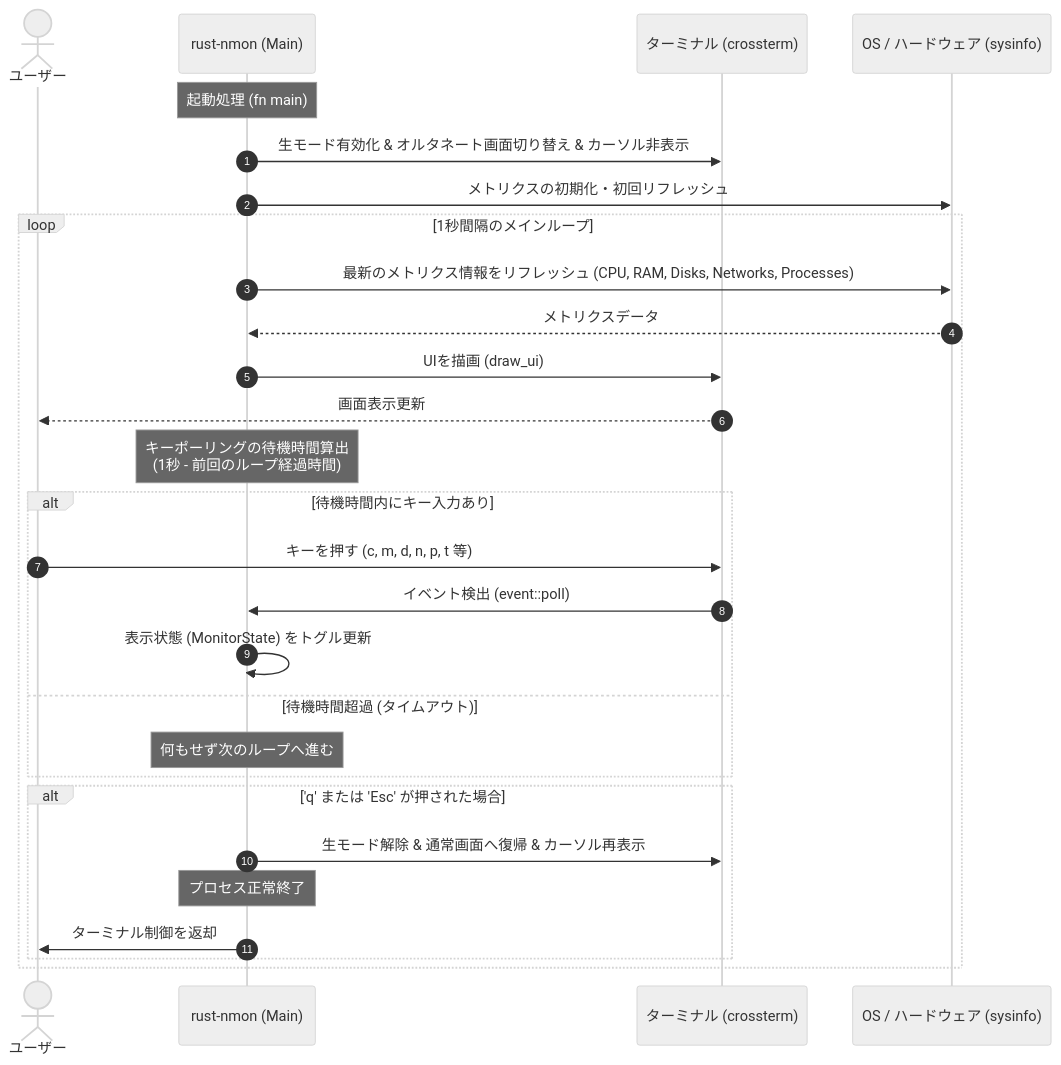
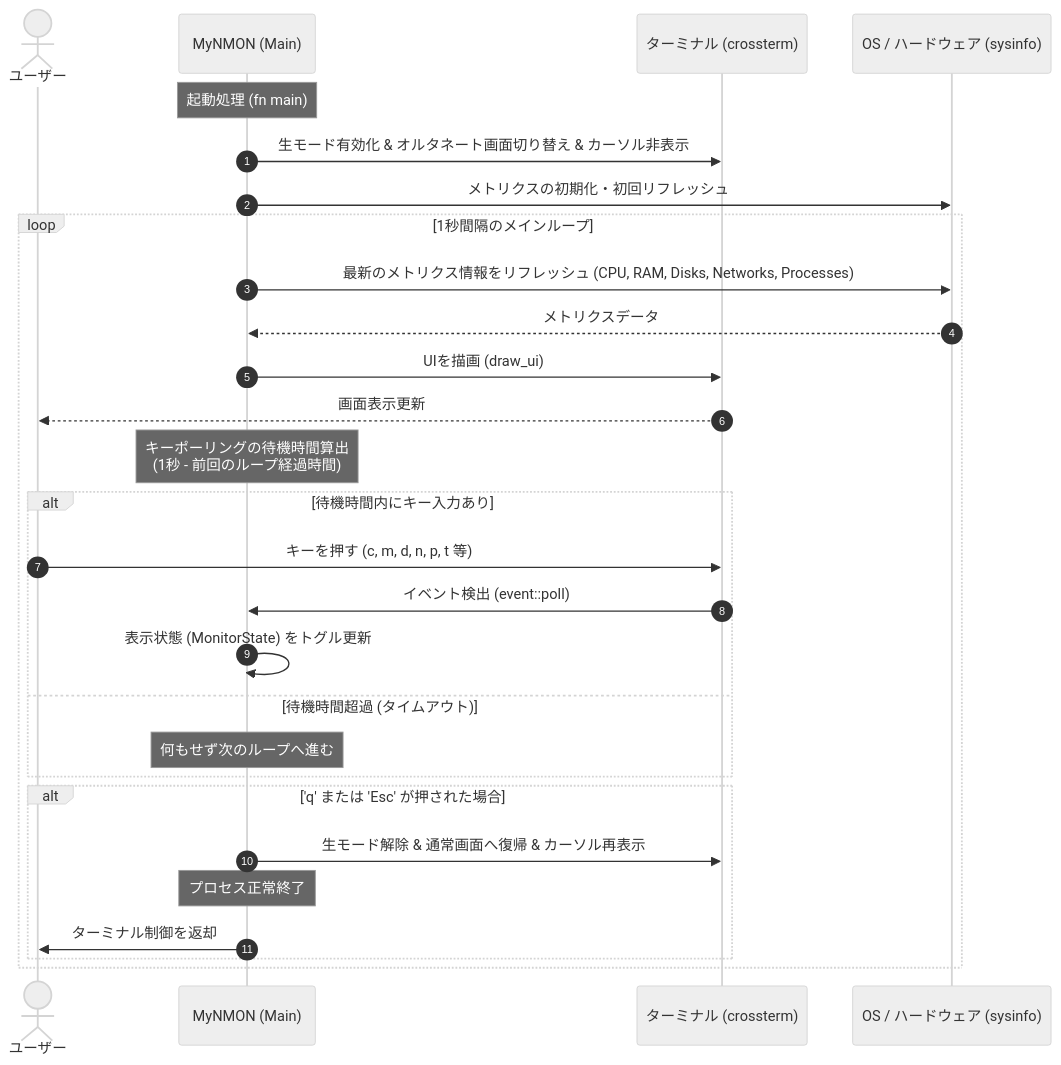
Before and after one commit to tkshnkgwr/MyNMON: the first of 2 diagrams in docs/DIAGRAM.md, drawn with Mermaid (neutral theme). The commit also changed other lines of this file and 12 other files, not shown here.

````diff
--- a/docs/DIAGRAM.md
+++ b/docs/DIAGRAM.md
@@ -11,35 +11,35 @@
 ```mermaid
 sequenceDiagram
     autonumber
     actor User as ユーザー
-    participant App as rust-nmon (Main)
+    participant App as MyNMON (Main)
     participant Term as ターミナル (crossterm)
     participant System as OS / ハードウェア (sysinfo)
 
     Note over App: 起動処理 (fn main)
     App->>Term: 生モード有効化 & オルタネート画面切り替え & カーソル非表示
     App->>System: メトリクスの初期化・初回リフレッシュ
 
     loop 1秒間隔のメインループ
         App->>System: 最新のメトリクス情報をリフレッシュ (CPU, RAM, Disks, Networks, Processes)
         System-->>App: メトリクスデータ
         App->>Term: UIを描画 (draw_ui)
         Term-->>User: 画面表示更新
 
         Note over App: キーポーリングの待機時間算出<br/>(1秒 - 前回のループ経過時間)
         
         alt 待機時間内にキー入力あり
             User->>Term: キーを押す (c, m, d, n, p, t 等)
             Term->>App: イベント検出 (event::poll)
             App->>App: 表示状態 (MonitorState) をトグル更新
         else 待機時間超過 (タイムアウト)
             Note over App: 何もせず次のループへ進む
         end
         
         alt 'q' または 'Esc' が押された場合
             App->>Term: 生モード解除 & 通常画面へ復帰 & カーソル再表示
             Note over App: プロセス正常終了
             App->>User: ターミナル制御を返却
         end
     end
 ```
````
